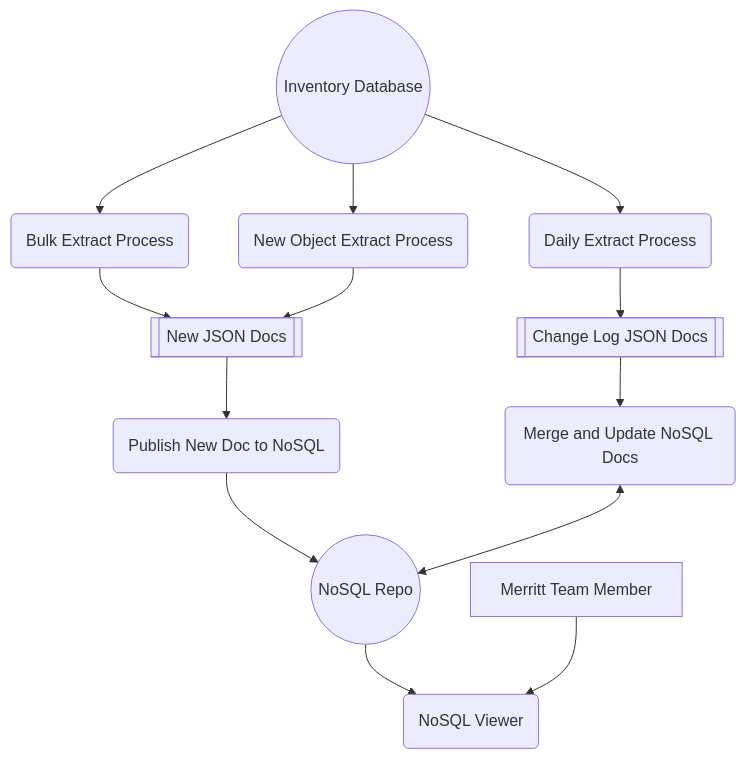
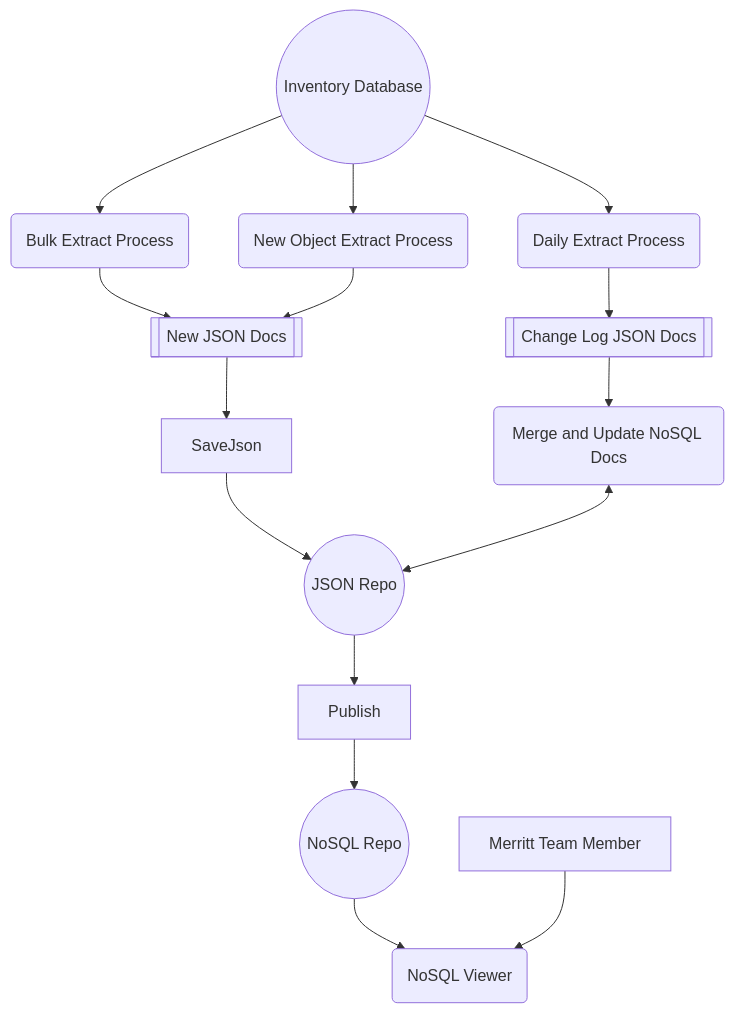
Before and after one commit to CDLUC3/mrt-cron: the first of 5 diagrams in coll-health-obj-analysis/README.md, drawn with Mermaid. The commit also changed other lines of this file, not shown here.

````diff
--- a/coll-health-obj-analysis/README.md
+++ b/coll-health-obj-analysis/README.md
@@ -7,26 +7,28 @@
 ```mermaid
   graph TD;
       INV_DB((Inventory Database))
       INV_DB-->Bulk_Extract;
       INV_DB-->New_Extract;
       INV_DB-->Daily_Extract;
       New_Doc[[New JSON Docs]]
       Change_log[[Change Log JSON Docs]]
       Bulk_Extract(Bulk Extract Process);
       Bulk_Extract-->New_Doc;
       New_Extract(New Object Extract Process);
       New_Extract-->New_Doc;
       Daily_Extract(Daily Extract Process);
       Daily_Extract-->Change_log;
-      Publish(Publish New Doc to NoSQL)
-      New_Doc-->Publish
+      New_Doc-->SaveJson
       MergeUpdate(Merge and Update NoSQL Docs)
       Change_log-->MergeUpdate
+      JsonRepo((JSON Repo))
+      SaveJson-->JsonRepo
+      MergeUpdate<-->JsonRepo
       NoSQL((NoSQL Repo))
+      JsonRepo-->Publish
       Publish-->NoSQL
-      MergeUpdate<-->NoSQL
       NoSQLViewer(NoSQL Viewer)
       NoSQL-->NoSQLViewer
       Users[Merritt Team Member]
       Users-->NoSQLViewer
 ```
````
